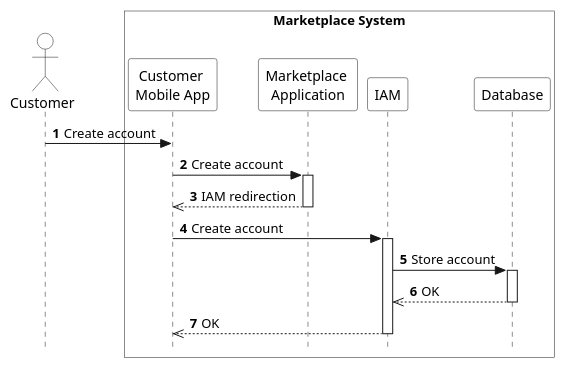
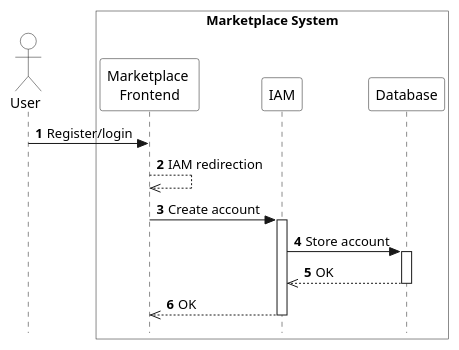
Before and after one commit to eddie-energy/architecture: the diagram in arc42/marketplace/runtime-view/figures/marketplace-create-account.puml, drawn with PlantUML. The commit also changed 20 other files, not shown here.

```diff
--- a/arc42/marketplace/runtime-view/figures/marketplace-create-account.puml
+++ b/arc42/marketplace/runtime-view/figures/marketplace-create-account.puml
@@ -1,34 +1,30 @@
 @startuml marketplace-create-account
 
 skinparam style strictuml
 skinparam sequence {
   ParticipantBackgroundColor transparent
   ActorBackgroundColor transparent
 }
 
 autonumber
 !pragma teoz true
 
-actor "Customer" as customer
+actor "User" as user
 box "Marketplace System" #transparent
-  participant "Customer \nMobile App" as app
-  participant "Marketplace \nApplication" as marketplace
+  participant "Marketplace \nFrontend" as app
   participant "IAM" as iam
   participant "Database" as database
 end box
 
-customer -> app : Create account
-app -> marketplace : Create account
-activate marketplace
-marketplace -->> app : IAM redirection
-deactivate marketplace
+user -> app : Register/login
+app -->> app : IAM redirection
 app -> iam : Create account
 activate iam
 iam -> database : Store account
 activate database
 database -->> iam : OK
 deactivate database
 iam -->> app : OK
 deactivate iam
 
 @enduml
```
